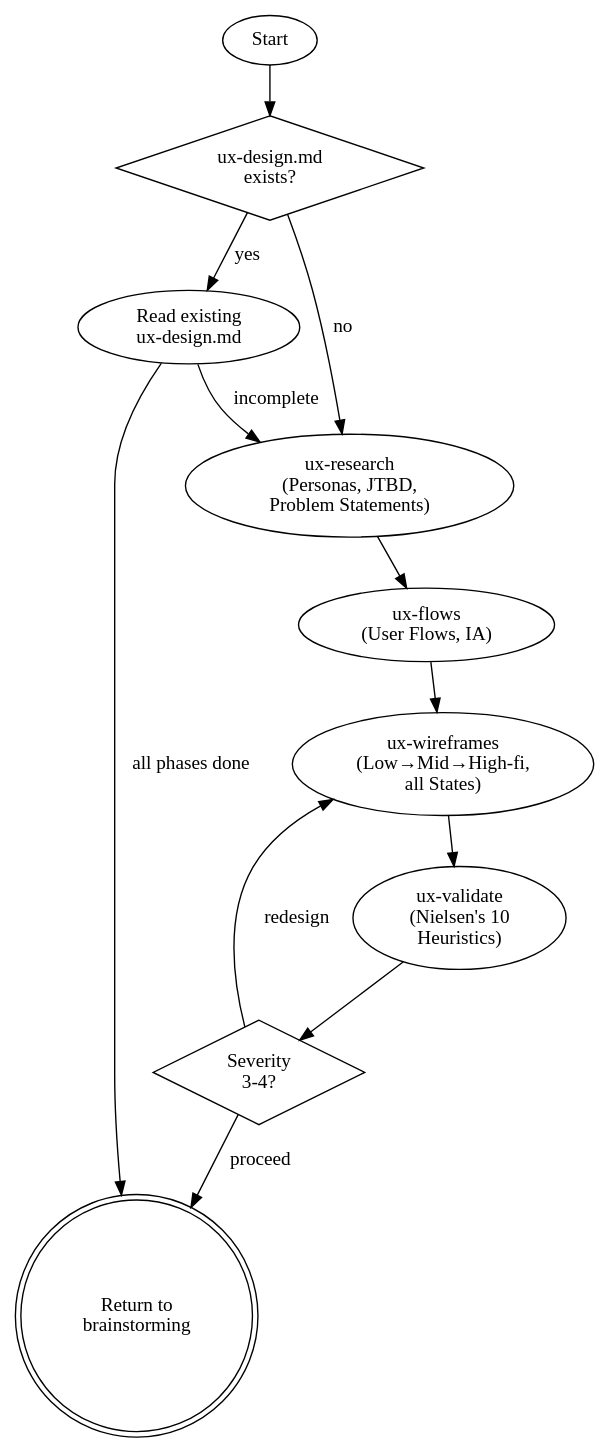
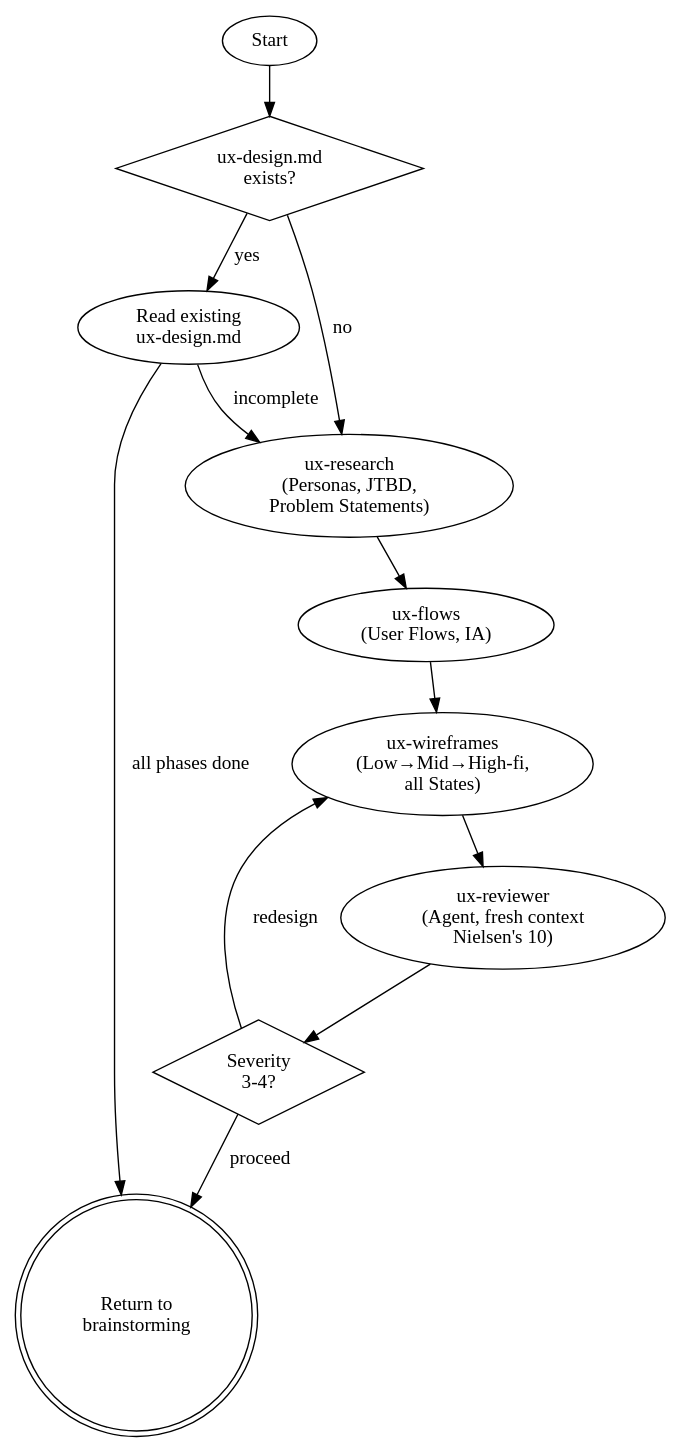
The diagram in skills/ux-design/SKILL.md (florian23/superflowers), drawn with Graphviz before and after one commit. The commit also changed other lines of this file and 5 other files, not shown here.

First line of the commit message:
Replace ux-validate skill with ux-reviewer agent (fresh context)

````diff
--- a/skills/ux-design/SKILL.md
+++ b/skills/ux-design/SKILL.md
@@ -24,25 +24,25 @@
 ```dot
 digraph ux_design {
   start [shape=ellipse, label="Start"];
   check [shape=diamond, label="ux-design.md\nexists?"];
   read [label="Read existing\nux-design.md"];
   research [label="ux-research\n(Personas, JTBD,\nProblem Statements)"];
   flows [label="ux-flows\n(User Flows, IA)"];
   wireframes [label="ux-wireframes\n(Low→Mid→High-fi,\nall States)"];
-  validate [label="ux-validate\n(Nielsen's 10\nHeuristics)"];
+  validate [label="ux-reviewer\n(Agent, fresh context\nNielsen's 10)"];
   severity [shape=diamond, label="Severity\n3-4?"];
   done [shape=doublecircle, label="Return to\nbrainstorming"];
 
   start -> check;
   check -> read [label="yes"];
   check -> research [label="no"];
   read -> research [label="incomplete"];
   read -> done [label="all phases done"];
   research -> flows;
   flows -> wireframes;
   wireframes -> validate;
   validate -> severity;
   severity -> wireframes [label="redesign"];
   severity -> done [label="proceed"];
 }
 ```
````
